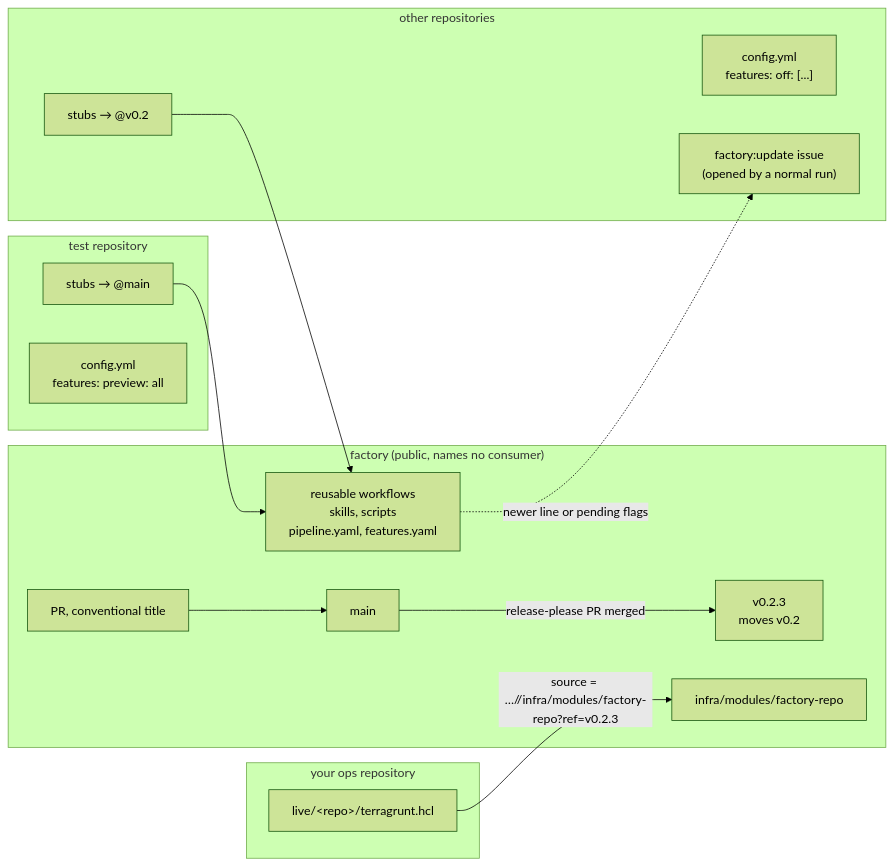
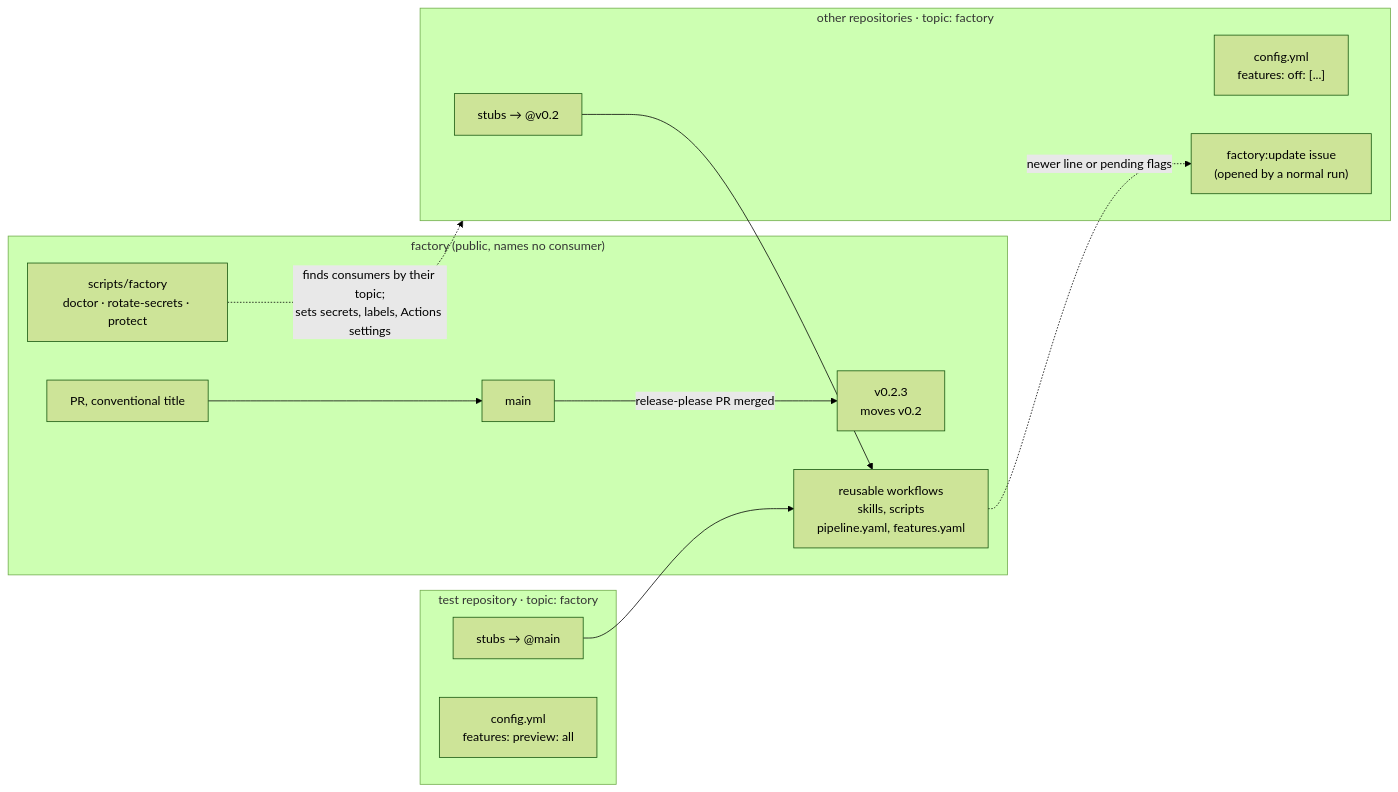
Before and after one commit to spdolan/factory: the diagram in docs/rollout.md, drawn with Mermaid (forest theme). The commit also changed other lines of this file and 11 other files, not shown here.

First line of the commit message:
feat: self-declared consumers and a factory CLI replace the Terraform infra

````diff
--- a/docs/rollout.md
+++ b/docs/rollout.md
@@ -35,25 +35,22 @@
 ```mermaid
 flowchart LR
   subgraph factory["factory (public, names no consumer)"]
     PR["PR, conventional title"] --> Main["main"]
     Main -->|"release-please PR merged"| Rel["v0.2.3<br/>moves v0.2"]
     RW["reusable workflows<br/>skills, scripts<br/>pipeline.yaml, features.yaml"]
-    Mod["infra/modules/factory-repo"]
+    CLI["scripts/factory<br/>doctor · rotate-secrets · protect"]
   end
-  subgraph test["test repository"]
+  subgraph test["test repository · topic: factory"]
     TStub["stubs → @main"]
     TCfg["config.yml<br/>features: preview: all"]
   end
-  subgraph other["other repositories"]
+  subgraph other["other repositories · topic: factory"]
     Stub["stubs → @v0.2"]
     Cfg["config.yml<br/>features: off: [...]"]
     Upd["factory:update issue<br/>(opened by a normal run)"]
   end
-  subgraph ops["your ops repository"]
-    Live["live/&lt;repo&gt;/terragrunt.hcl"]
-  end
   TStub --> RW
   Stub --> RW
-  RW -. "newer line or pending flags" .-> Upd
-  Live -->|"source = …//infra/modules/factory-repo?ref=v0.2.3"| Mod
+  RW -.->|"newer line or pending flags"| Upd
+  CLI -.->|"finds consumers by their topic;<br/>sets secrets, labels, Actions settings"| other
 ```
````
